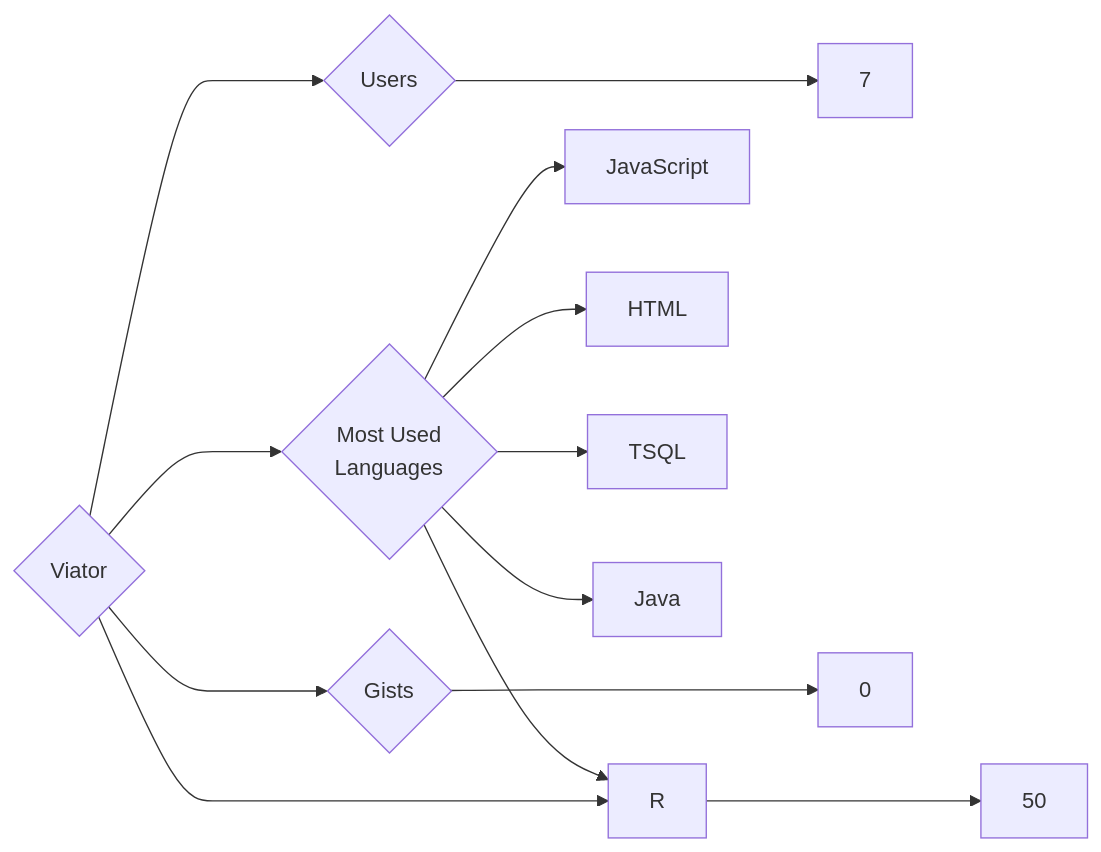
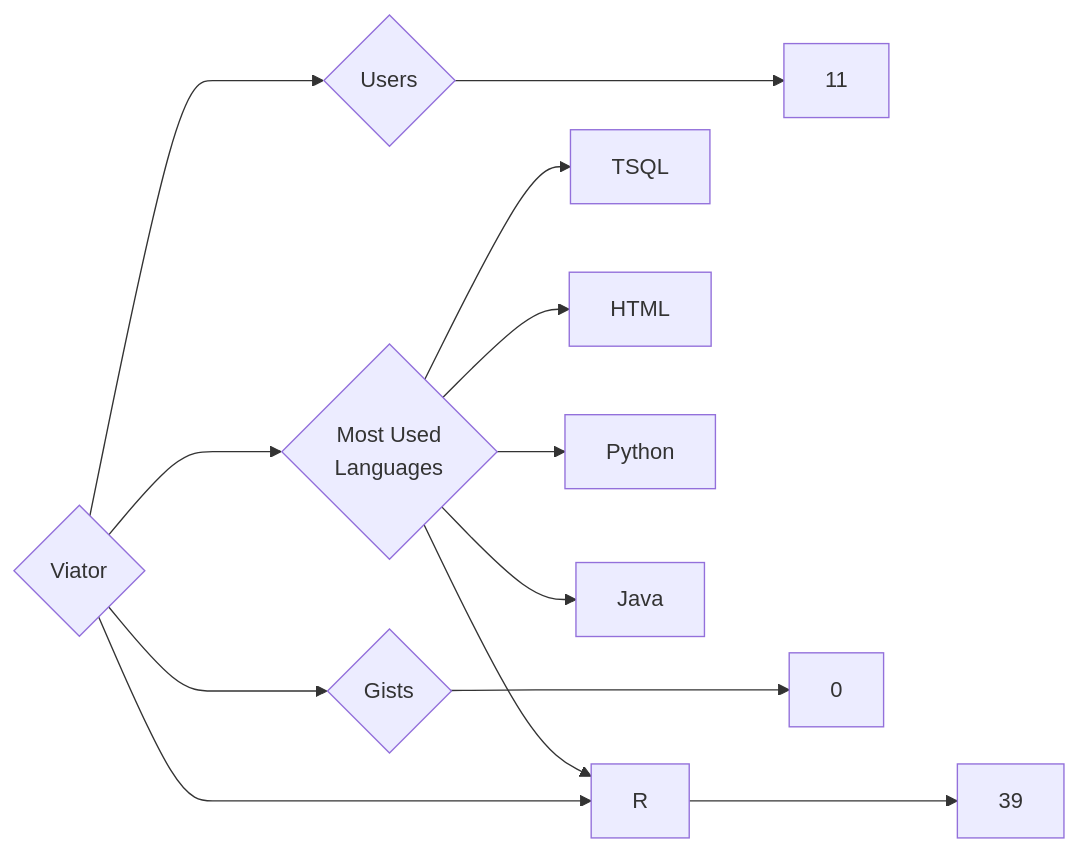
The diagram in targets/Viator/README.md (trickest/insiders), drawn with Mermaid before and after one commit. The commit also changed 928 other files, not shown here.

````diff
--- a/targets/Viator/README.md
+++ b/targets/Viator/README.md
@@ -3,13 +3,13 @@
 ```mermaid
 graph LR
 COMPANY_NAME{Viator}
-COMPANY_NAME ---> U{Users} ---> UN[7]
-COMPANY_NAME ---> R{Repositories} ---> RN[50]
+COMPANY_NAME ---> U{Users} ---> UN[11]
+COMPANY_NAME ---> R{Repositories} ---> RN[39]
 COMPANY_NAME ---> G{Gists} ---> GN[0]
 COMPANY_NAME ---> ML{Most Used<br>Languages}
-ML --> JavaScript[JavaScript]
+ML --> TSQL[TSQL]
 ML --> HTML[HTML]
-ML --> TSQL[TSQL]
+ML --> Python[Python]
 ML --> Java[Java]
 ML --> R[R]
 ```
````
